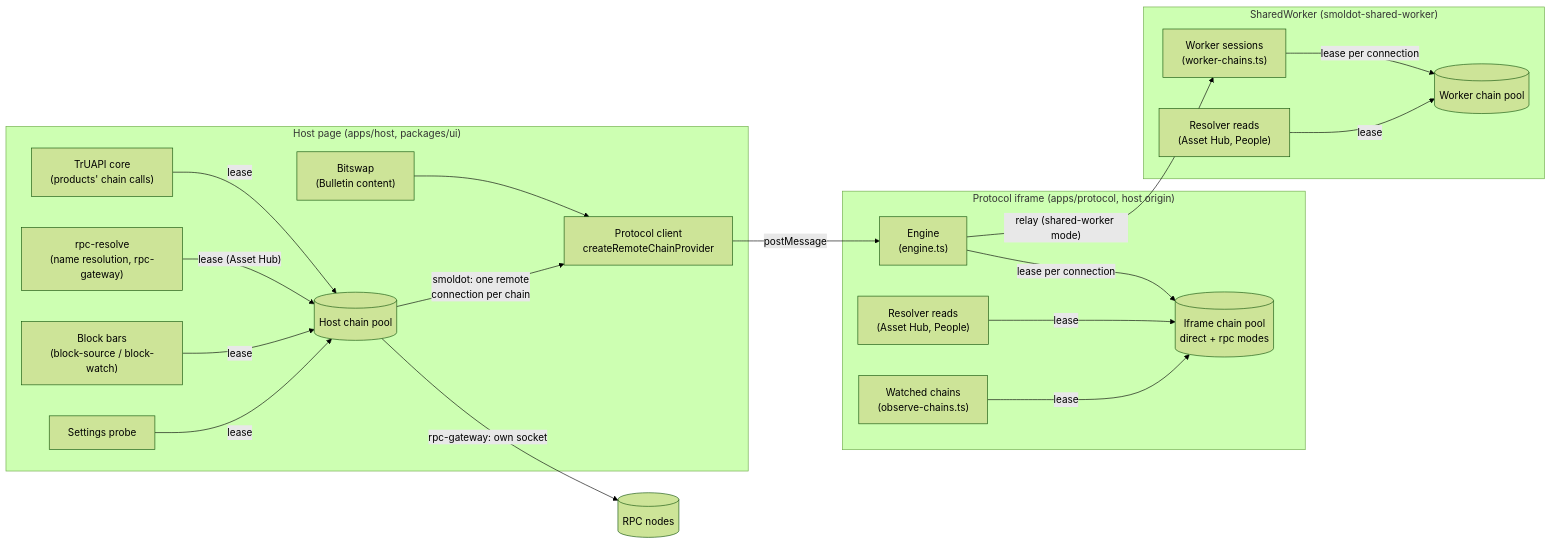
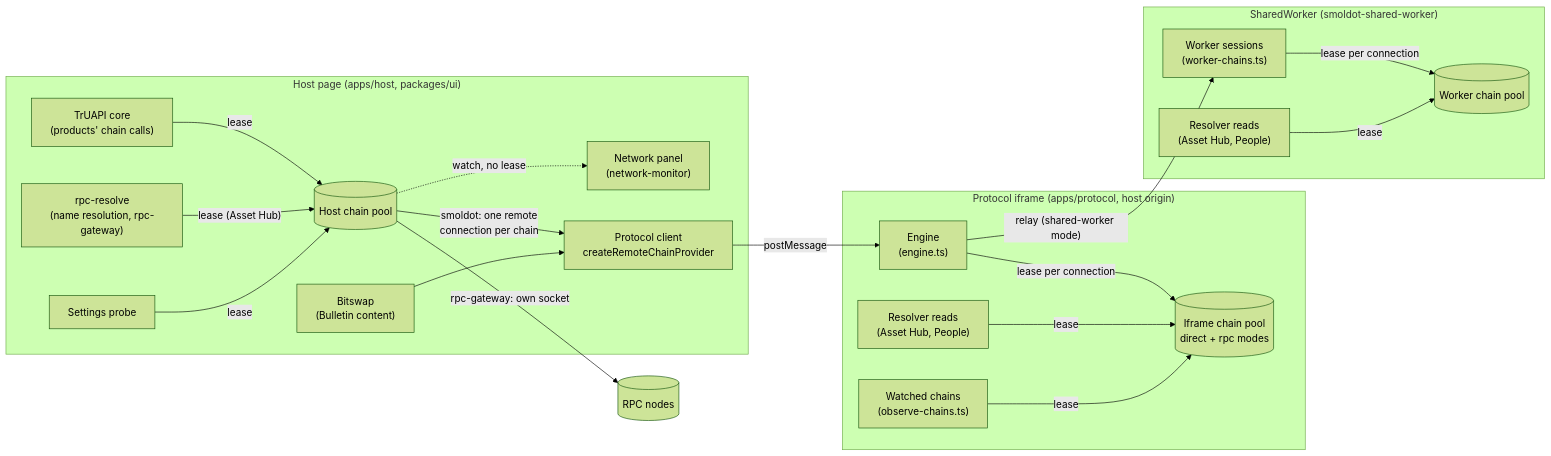
One commit to paritytech/dotli-community changed the first of 7 diagrams in docs/chain-connections.md. Above: the diagram before and after it, drawn with Mermaid (forest theme). The commit also changed other lines of this file, not shown here.

Commit message:
docs: chain connections describe the passive network panel

````diff
--- a/docs/chain-connections.md
+++ b/docs/chain-connections.md
@@ -36,42 +36,42 @@
 ```mermaid
 flowchart LR
   subgraph Host["Host page (apps/host, packages/ui)"]
     Core["TrUAPI core<br/>(products' chain calls)"]
     RpcResolve["rpc-resolve<br/>(name resolution, rpc-gateway)"]
-    Bars["Block bars<br/>(block-source / block-watch)"]
+    Panel["Network panel<br/>(network-monitor)"]
     Probe["Settings probe"]
     Bitswap["Bitswap<br/>(Bulletin content)"]
     Client["Protocol client<br/>createRemoteChainProvider"]
     HostPool[("Host chain pool")]
   end
 
   subgraph Iframe["Protocol iframe (apps/protocol, host origin)"]
     Engine["Engine<br/>(engine.ts)"]
     IframePool[("Iframe chain pool<br/>direct + rpc modes")]
     Resolver["Resolver reads<br/>(Asset Hub, People)"]
     Observe["Watched chains<br/>(observe-chains.ts)"]
   end
 
   subgraph Worker["SharedWorker (smoldot-shared-worker)"]
     Sessions["Worker sessions<br/>(worker-chains.ts)"]
     WorkerPool[("Worker chain pool")]
     WResolver["Resolver reads<br/>(Asset Hub, People)"]
   end
 
   Nodes[("RPC nodes")]
 
   Core -- lease --> HostPool
   RpcResolve -- "lease (Asset Hub)" --> HostPool
-  Bars -- lease --> HostPool
+  HostPool -.->|"watch, no lease"| Panel
   Probe -- lease --> HostPool
   HostPool -- "rpc-gateway: own socket" --> Nodes
   HostPool -- "smoldot: one remote<br/>connection per chain" --> Client
   Bitswap --> Client
   Client -- postMessage --> Engine
   Engine -- "lease per connection" --> IframePool
   Resolver -- lease --> IframePool
   Observe -- lease --> IframePool
   Engine -- "relay (shared-worker mode)" --> Sessions
   Sessions -- "lease per connection" --> WorkerPool
   WResolver -- lease --> WorkerPool
 ```
````
